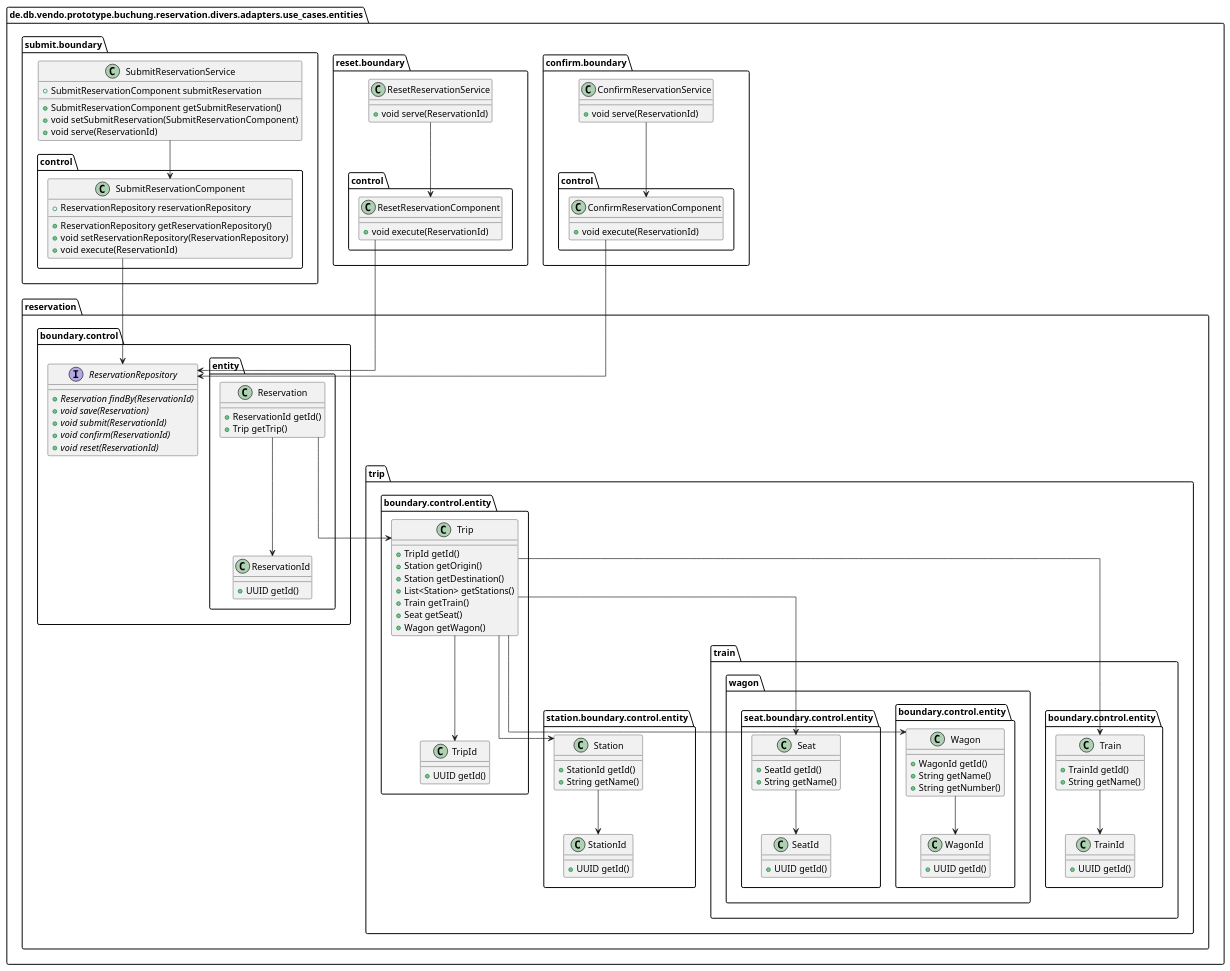
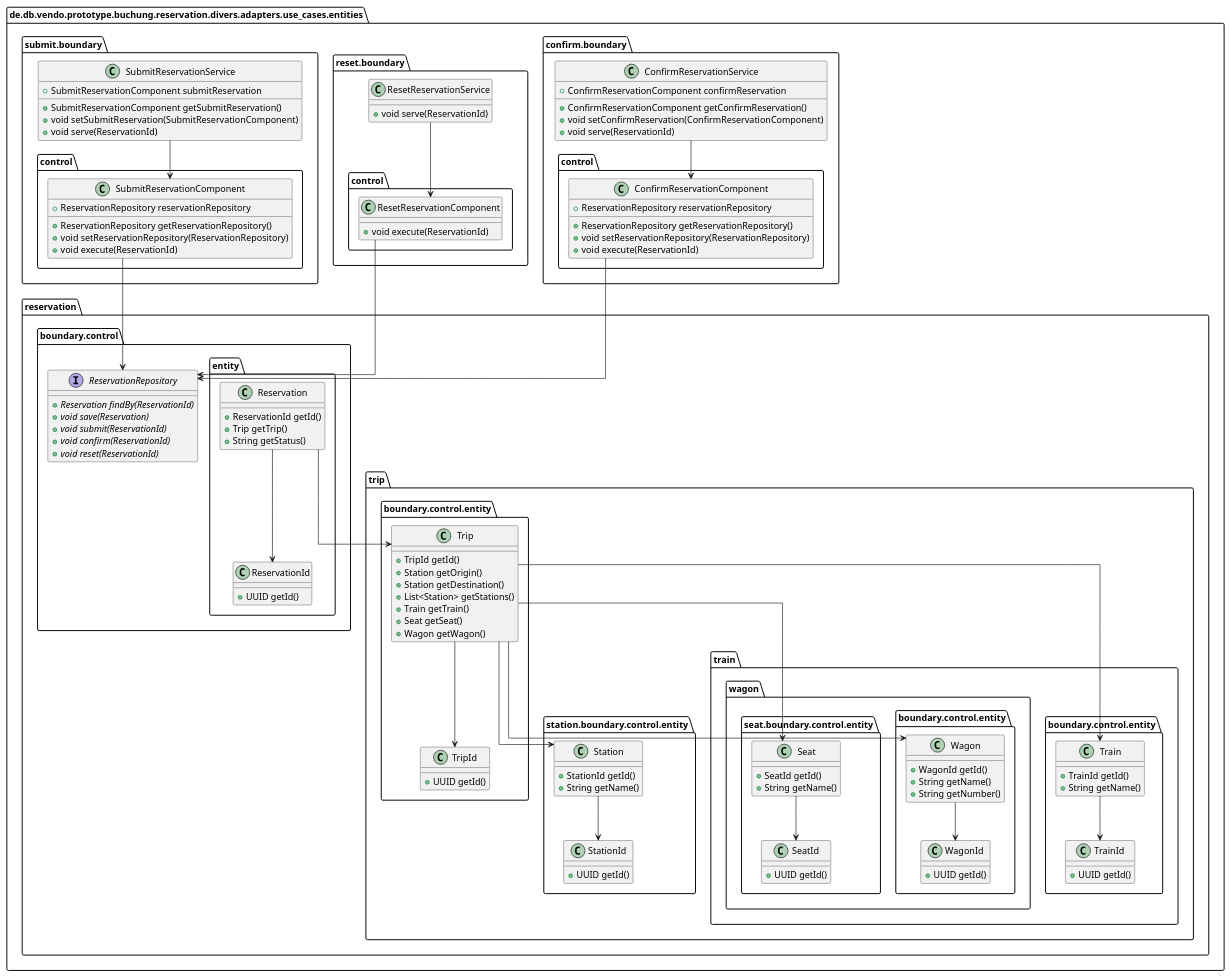
The diagram in doc/uml/puml/entities.puml (punkratz312/reservation-proto), drawn with PlantUML before and after one commit. The commit also changed 13 other files, not shown here.

```diff
--- a/doc/uml/puml/entities.puml
+++ b/doc/uml/puml/entities.puml
@@ -1,104 +1,113 @@
 @startuml
 !pragma useIntermediatePackages false
 skinparam linetype ortho
 show stereotype
 
 class "ConfirmReservationService" as de.db.vendo.prototype.buchung.reservation.divers.adapters.use_cases.entities.confirm.boundary.ConfirmReservationService {
+  +ConfirmReservationComponent confirmReservation
+  __
+  +ConfirmReservationComponent getConfirmReservation()
+  +void setConfirmReservation(ConfirmReservationComponent)
   +void serve(ReservationId)
 }
 class "ConfirmReservationComponent" as de.db.vendo.prototype.buchung.reservation.divers.adapters.use_cases.entities.confirm.boundary.control.ConfirmReservationComponent {
+  +ReservationRepository reservationRepository
+  __
+  +ReservationRepository getReservationRepository()
+  +void setReservationRepository(ReservationRepository)
   +void execute(ReservationId)
 }
 interface "ReservationRepository" as de.db.vendo.prototype.buchung.reservation.divers.adapters.use_cases.entities.reservation.boundary.control.ReservationRepository {
   + {abstract}Reservation findBy(ReservationId)
   + {abstract}void save(Reservation)
   + {abstract}void submit(ReservationId)
   + {abstract}void confirm(ReservationId)
   + {abstract}void reset(ReservationId)
 }
 class "Reservation" as de.db.vendo.prototype.buchung.reservation.divers.adapters.use_cases.entities.reservation.boundary.control.entity.Reservation {
   +ReservationId getId()
   +Trip getTrip()
+  +String getStatus()
 }
 class "ReservationId" as de.db.vendo.prototype.buchung.reservation.divers.adapters.use_cases.entities.reservation.boundary.control.entity.ReservationId {
   +UUID getId()
 }
 class "Trip" as de.db.vendo.prototype.buchung.reservation.divers.adapters.use_cases.entities.reservation.trip.boundary.control.entity.Trip {
   +TripId getId()
   +Station getOrigin()
   +Station getDestination()
   +List<Station> getStations()
   +Train getTrain()
   +Seat getSeat()
   +Wagon getWagon()
 }
 class "TripId" as de.db.vendo.prototype.buchung.reservation.divers.adapters.use_cases.entities.reservation.trip.boundary.control.entity.TripId {
   +UUID getId()
 }
 class "Station" as de.db.vendo.prototype.buchung.reservation.divers.adapters.use_cases.entities.reservation.trip.station.boundary.control.entity.Station {
   +StationId getId()
   +String getName()
 }
 class "StationId" as de.db.vendo.prototype.buchung.reservation.divers.adapters.use_cases.entities.reservation.trip.station.boundary.control.entity.StationId {
   +UUID getId()
 }
 class "Train" as de.db.vendo.prototype.buchung.reservation.divers.adapters.use_cases.entities.reservation.trip.train.boundary.control.entity.Train {
   +TrainId getId()
   +String getName()
 }
 class "TrainId" as de.db.vendo.prototype.buchung.reservation.divers.adapters.use_cases.entities.reservation.trip.train.boundary.control.entity.TrainId {
   +UUID getId()
 }
 class "Wagon" as de.db.vendo.prototype.buchung.reservation.divers.adapters.use_cases.entities.reservation.trip.train.wagon.boundary.control.entity.Wagon {
   +WagonId getId()
   +String getName()
   +String getNumber()
 }
 class "WagonId" as de.db.vendo.prototype.buchung.reservation.divers.adapters.use_cases.entities.reservation.trip.train.wagon.boundary.control.entity.WagonId {
   +UUID getId()
 }
 class "Seat" as de.db.vendo.prototype.buchung.reservation.divers.adapters.use_cases.entities.reservation.trip.train.wagon.seat.boundary.control.entity.Seat {
   +SeatId getId()
   +String getName()
 }
 class "SeatId" as de.db.vendo.prototype.buchung.reservation.divers.adapters.use_cases.entities.reservation.trip.train.wagon.seat.boundary.control.entity.SeatId {
   +UUID getId()
 }
 class "ResetReservationService" as de.db.vendo.prototype.buchung.reservation.divers.adapters.use_cases.entities.reset.boundary.ResetReservationService {
   +void serve(ReservationId)
 }
 class "ResetReservationComponent" as de.db.vendo.prototype.buchung.reservation.divers.adapters.use_cases.entities.reset.boundary.control.ResetReservationComponent {
   +void execute(ReservationId)
 }
 class "SubmitReservationService" as de.db.vendo.prototype.buchung.reservation.divers.adapters.use_cases.entities.submit.boundary.SubmitReservationService {
   +SubmitReservationComponent submitReservation
   __
   +SubmitReservationComponent getSubmitReservation()
   +void setSubmitReservation(SubmitReservationComponent)
   +void serve(ReservationId)
 }
 class "SubmitReservationComponent" as de.db.vendo.prototype.buchung.reservation.divers.adapters.use_cases.entities.submit.boundary.control.SubmitReservationComponent {
   +ReservationRepository reservationRepository
   __
   +ReservationRepository getReservationRepository()
   +void setReservationRepository(ReservationRepository)
   +void execute(ReservationId)
 }
 de.db.vendo.prototype.buchung.reservation.divers.adapters.use_cases.entities.confirm.boundary.ConfirmReservationService --> de.db.vendo.prototype.buchung.reservation.divers.adapters.use_cases.entities.confirm.boundary.control.ConfirmReservationComponent
 de.db.vendo.prototype.buchung.reservation.divers.adapters.use_cases.entities.confirm.boundary.control.ConfirmReservationComponent --> de.db.vendo.prototype.buchung.reservation.divers.adapters.use_cases.entities.reservation.boundary.control.ReservationRepository
 de.db.vendo.prototype.buchung.reservation.divers.adapters.use_cases.entities.reservation.boundary.control.entity.Reservation --> de.db.vendo.prototype.buchung.reservation.divers.adapters.use_cases.entities.reservation.trip.boundary.control.entity.Trip
 de.db.vendo.prototype.buchung.reservation.divers.adapters.use_cases.entities.reservation.boundary.control.entity.Reservation --> de.db.vendo.prototype.buchung.reservation.divers.adapters.use_cases.entities.reservation.boundary.control.entity.ReservationId
 de.db.vendo.prototype.buchung.reservation.divers.adapters.use_cases.entities.reservation.trip.boundary.control.entity.Trip --> de.db.vendo.prototype.buchung.reservation.divers.adapters.use_cases.entities.reservation.trip.boundary.control.entity.TripId
 de.db.vendo.prototype.buchung.reservation.divers.adapters.use_cases.entities.reservation.trip.boundary.control.entity.Trip --> de.db.vendo.prototype.buchung.reservation.divers.adapters.use_cases.entities.reservation.trip.station.boundary.control.entity.Station
 de.db.vendo.prototype.buchung.reservation.divers.adapters.use_cases.entities.reservation.trip.boundary.control.entity.Trip --> de.db.vendo.prototype.buchung.reservation.divers.adapters.use_cases.entities.reservation.trip.train.wagon.seat.boundary.control.entity.Seat
 de.db.vendo.prototype.buchung.reservation.divers.adapters.use_cases.entities.reservation.trip.boundary.control.entity.Trip --> de.db.vendo.prototype.buchung.reservation.divers.adapters.use_cases.entities.reservation.trip.train.boundary.control.entity.Train
 de.db.vendo.prototype.buchung.reservation.divers.adapters.use_cases.entities.reservation.trip.boundary.control.entity.Trip --> de.db.vendo.prototype.buchung.reservation.divers.adapters.use_cases.entities.reservation.trip.train.wagon.boundary.control.entity.Wagon
 de.db.vendo.prototype.buchung.reservation.divers.adapters.use_cases.entities.reservation.trip.station.boundary.control.entity.Station --> de.db.vendo.prototype.buchung.reservation.divers.adapters.use_cases.entities.reservation.trip.station.boundary.control.entity.StationId
 de.db.vendo.prototype.buchung.reservation.divers.adapters.use_cases.entities.reservation.trip.train.boundary.control.entity.Train --> de.db.vendo.prototype.buchung.reservation.divers.adapters.use_cases.entities.reservation.trip.train.boundary.control.entity.TrainId
 de.db.vendo.prototype.buchung.reservation.divers.adapters.use_cases.entities.reservation.trip.train.wagon.boundary.control.entity.Wagon --> de.db.vendo.prototype.buchung.reservation.divers.adapters.use_cases.entities.reservation.trip.train.wagon.boundary.control.entity.WagonId
 de.db.vendo.prototype.buchung.reservation.divers.adapters.use_cases.entities.reservation.trip.train.wagon.seat.boundary.control.entity.Seat --> de.db.vendo.prototype.buchung.reservation.divers.adapters.use_cases.entities.reservation.trip.train.wagon.seat.boundary.control.entity.SeatId
 de.db.vendo.prototype.buchung.reservation.divers.adapters.use_cases.entities.reset.boundary.ResetReservationService --> de.db.vendo.prototype.buchung.reservation.divers.adapters.use_cases.entities.reset.boundary.control.ResetReservationComponent
 de.db.vendo.prototype.buchung.reservation.divers.adapters.use_cases.entities.reset.boundary.control.ResetReservationComponent --> de.db.vendo.prototype.buchung.reservation.divers.adapters.use_cases.entities.reservation.boundary.control.ReservationRepository
 de.db.vendo.prototype.buchung.reservation.divers.adapters.use_cases.entities.submit.boundary.SubmitReservationService --> de.db.vendo.prototype.buchung.reservation.divers.adapters.use_cases.entities.submit.boundary.control.SubmitReservationComponent
 de.db.vendo.prototype.buchung.reservation.divers.adapters.use_cases.entities.submit.boundary.control.SubmitReservationComponent --> de.db.vendo.prototype.buchung.reservation.divers.adapters.use_cases.entities.reservation.boundary.control.ReservationRepository
 @enduml
```
